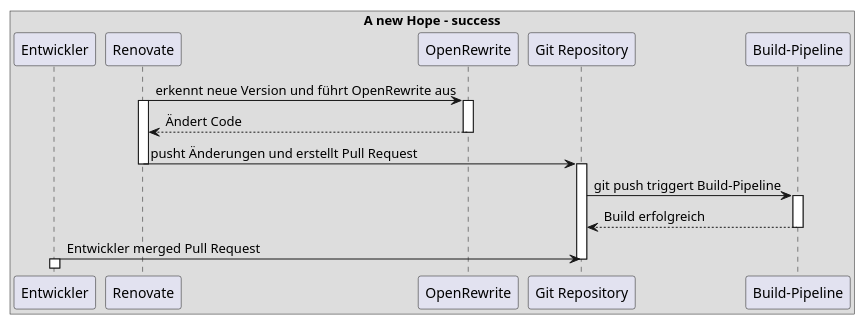
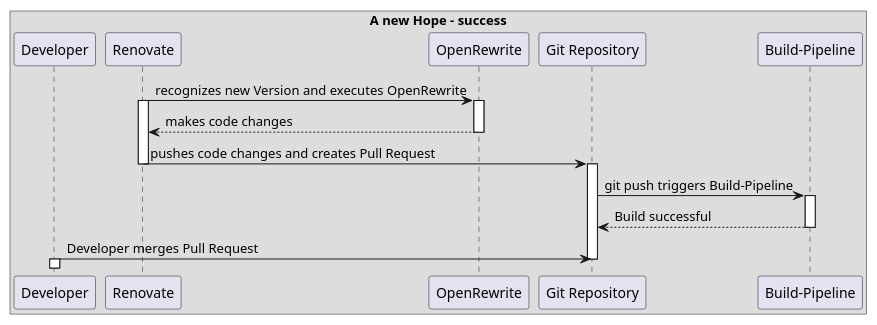
One commit to gattma/renovate changed the diagram in diagrams/success-sequence.puml. Above: the diagram before and after it, drawn with PlantUML. The commit also changed 1 other file, not shown here.

Commit message:
englishify sequence diagrams and depict new flow

```diff
--- a/diagrams/success-sequence.puml
+++ b/diagrams/success-sequence.puml
@@ -1,28 +1,28 @@
 @startuml
 box A new Hope - success
-participant Entwickler
+participant Developer
 
 participant Renovate
 
-Renovate -> OpenRewrite : erkennt neue Version und führt OpenRewrite aus
+Renovate -> OpenRewrite : recognizes new Version and executes OpenRewrite
 activate Renovate
 activate OpenRewrite
 
-OpenRewrite --> Renovate : Ändert Code
+OpenRewrite --> Renovate : makes code changes
 deactivate OpenRewrite
 
-Renovate -> "Git Repository" : pusht Änderungen und erstellt Pull Request
+Renovate -> "Git Repository" : pushes code changes and creates Pull Request
 deactivate Renovate
 activate "Git Repository"
 
-"Git Repository" -> "Build-Pipeline" : git push triggert Build-Pipeline
+"Git Repository" -> "Build-Pipeline" : git push triggers Build-Pipeline
 activate "Build-Pipeline"
-"Build-Pipeline" --> "Git Repository" : Build erfolgreich
+"Build-Pipeline" --> "Git Repository" : Build successful
 deactivate "Build-Pipeline"
 
-Entwickler -> "Git Repository" : Entwickler merged Pull Request
+Developer -> "Git Repository" : Developer merges Pull Request
 deactivate "Git Repository"
-activate Entwickler
-deactivate Entwickler
+activate Developer
+deactivate Developer
 end box
 @enduml
```
